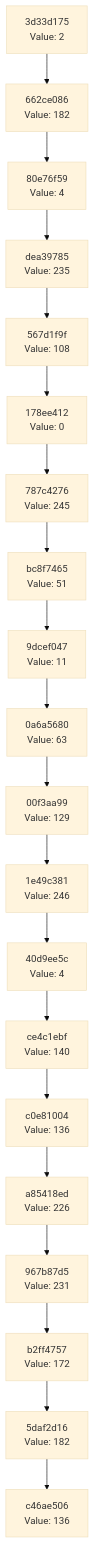
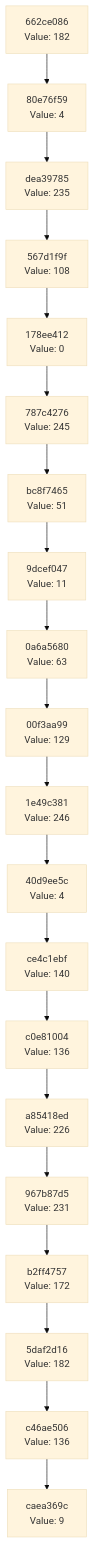
Before and after one commit to Abhisheksinha1506/hash-chain-evolver: the diagram in docs/CHAIN_VISUALIZATION.md, drawn with Mermaid (base theme). The commit also changed 2 other files, not shown here.

Commit message:
Evolution step: hash 0x09 → action executed

````diff
--- a/docs/CHAIN_VISUALIZATION.md
+++ b/docs/CHAIN_VISUALIZATION.md
@@ -3,42 +3,42 @@
 ```mermaid
 graph TD
-    C0["c46ae506<br/>Value: 136"]
-    C1["5daf2d16<br/>Value: 182"]
+    C0["caea369c<br/>Value: 9"]
+    C1["c46ae506<br/>Value: 136"]
     C1 --> C0
-    C2["b2ff4757<br/>Value: 172"]
+    C2["5daf2d16<br/>Value: 182"]
     C2 --> C1
-    C3["967b87d5<br/>Value: 231"]
+    C3["b2ff4757<br/>Value: 172"]
     C3 --> C2
-    C4["a85418ed<br/>Value: 226"]
+    C4["967b87d5<br/>Value: 231"]
     C4 --> C3
-    C5["c0e81004<br/>Value: 136"]
+    C5["a85418ed<br/>Value: 226"]
     C5 --> C4
-    C6["ce4c1ebf<br/>Value: 140"]
+    C6["c0e81004<br/>Value: 136"]
     C6 --> C5
-    C7["40d9ee5c<br/>Value: 4"]
+    C7["ce4c1ebf<br/>Value: 140"]
     C7 --> C6
-    C8["1e49c381<br/>Value: 246"]
+    C8["40d9ee5c<br/>Value: 4"]
     C8 --> C7
-    C9["00f3aa99<br/>Value: 129"]
+    C9["1e49c381<br/>Value: 246"]
     C9 --> C8
-    C10["0a6a5680<br/>Value: 63"]
+    C10["00f3aa99<br/>Value: 129"]
     C10 --> C9
-    C11["9dcef047<br/>Value: 11"]
+    C11["0a6a5680<br/>Value: 63"]
     C11 --> C10
-    C12["bc8f7465<br/>Value: 51"]
+    C12["9dcef047<br/>Value: 11"]
     C12 --> C11
-    C13["787c4276<br/>Value: 245"]
+    C13["bc8f7465<br/>Value: 51"]
     C13 --> C12
-    C14["178ee412<br/>Value: 0"]
+    C14["787c4276<br/>Value: 245"]
     C14 --> C13
-    C15["567d1f9f<br/>Value: 108"]
+    C15["178ee412<br/>Value: 0"]
     C15 --> C14
-    C16["dea39785<br/>Value: 235"]
+    C16["567d1f9f<br/>Value: 108"]
     C16 --> C15
-    C17["80e76f59<br/>Value: 4"]
+    C17["dea39785<br/>Value: 235"]
     C17 --> C16
-    C18["662ce086<br/>Value: 182"]
+    C18["80e76f59<br/>Value: 4"]
     C18 --> C17
-    C19["3d33d175<br/>Value: 2"]
+    C19["662ce086<br/>Value: 182"]
     C19 --> C18
 ```
````
